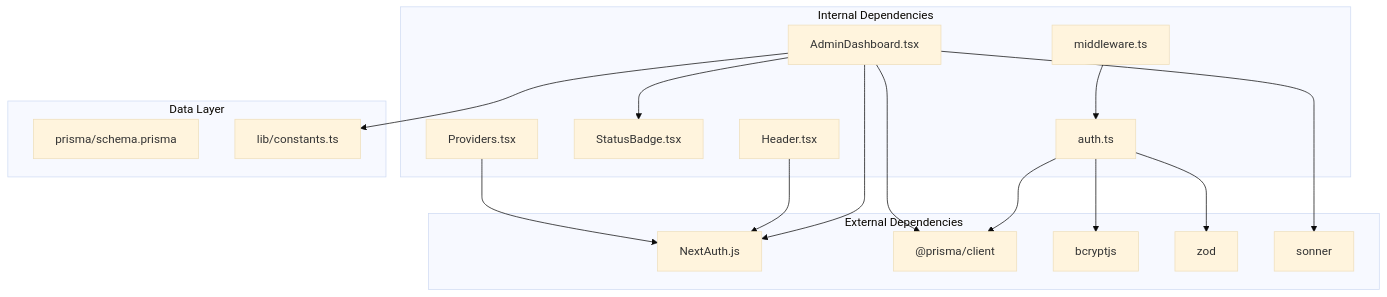
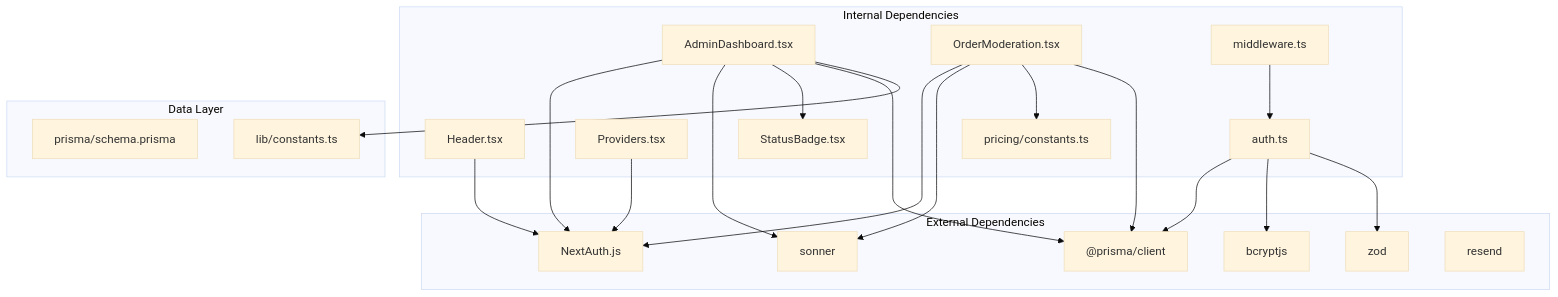
The seventh of 7 diagrams in .qoder/repowiki/en/content/Administrative Features/Admin Dashboard Interface.md (Crowdspender/titchybooks-app), drawn with Mermaid (base theme) before and after one commit. The commit also changed other lines of this file and 74 other files, not shown here.

````diff
--- a/.qoder/repowiki/en/content/Administrative Features/Admin Dashboard Interface.md
+++ b/.qoder/repowiki/en/content/Administrative Features/Admin Dashboard Interface.md
@@ -265,33 +438,40 @@
 ```mermaid
 graph TD
 subgraph "External Dependencies"
 NextAuth["NextAuth.js"]
 Prisma["@prisma/client"]
 Bcrypt["bcryptjs"]
 Zod["zod"]
 Sonner["sonner"]
+Resend["resend"]
 end
 subgraph "Internal Dependencies"
 AdminDashboard["AdminDashboard.tsx"]
+OrderModeration["OrderModeration.tsx"]
 Header["Header.tsx"]
 StatusBadge["StatusBadge.tsx"]
 Providers["Providers.tsx"]
 AuthConfig["auth.ts"]
 Middleware["middleware.ts"]
+PricingConstants["pricing/constants.ts"]
 end
 subgraph "Data Layer"
 PrismaSchema["prisma/schema.prisma"]
 Constants["lib/constants.ts"]
 end
 AdminDashboard --> NextAuth
 AdminDashboard --> Sonner
 AdminDashboard --> StatusBadge
+OrderModeration --> NextAuth
+OrderModeration --> Sonner
+OrderModeration --> PricingConstants
 Header --> NextAuth
 AuthConfig --> Prisma
 AuthConfig --> Bcrypt
 AuthConfig --> Zod
 AdminDashboard --> Prisma
+OrderModeration --> Prisma
 AdminDashboard --> Constants
 Providers --> NextAuth
 Middleware --> AuthConfig
 ```
````
